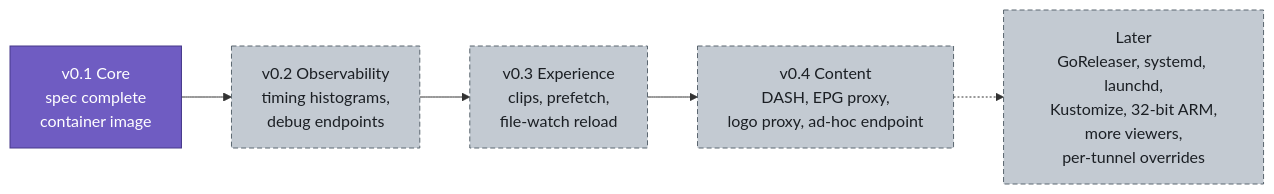
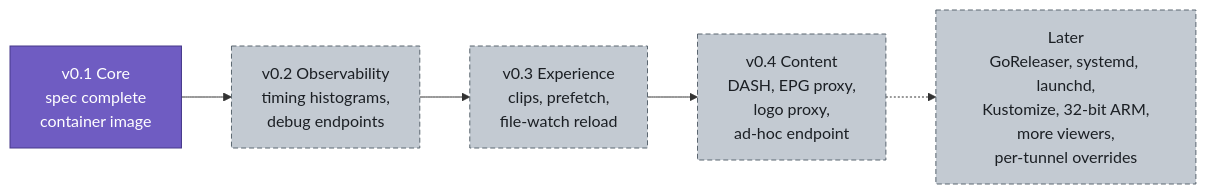
One commit to KingOfKalk/wg-stream-proxy changed diagram 15 of 17 in docs/architecture.md. Above: the diagram before and after it, drawn with Mermaid.

Commit message:
docs(spec): reorder the roadmap: v0.2 Observability, v0.3 Experience, v0.4 Content

````diff
--- a/docs/architecture.md
+++ b/docs/architecture.md
@@ -850,12 +850,12 @@
 ```mermaid
 flowchart LR
     v01["v0.1 Core<br/>spec complete<br/>container image"]:::proxy
     v02["v0.2 Observability<br/>timing histograms,<br/>debug endpoints"]:::later
     v03["v0.3 Experience<br/>clips, prefetch,<br/>file-watch reload"]:::later
-    v04["v0.4 Content<br/>DASH, EPG proxy,<br/>logo proxy, ad-hoc endpoint"]:::later
+    v04["v0.4 Content<br/>DASH, EPG proxy,<br/>logo proxy,<br/>ad-hoc endpoint"]:::later
     later["Later<br/>GoReleaser, systemd, launchd,<br/>Kustomize, 32-bit ARM,<br/>more viewers,<br/>per-tunnel overrides"]:::later
     v01 --> v02 --> v03 --> v04 -.-> later
 
     classDef proxy fill:#6f5cc2,stroke:#46398a,color:#ffffff
     classDef later fill:#c3cad2,stroke:#5b6670,color:#1b1f24,stroke-dasharray:5 3
 ```
````
